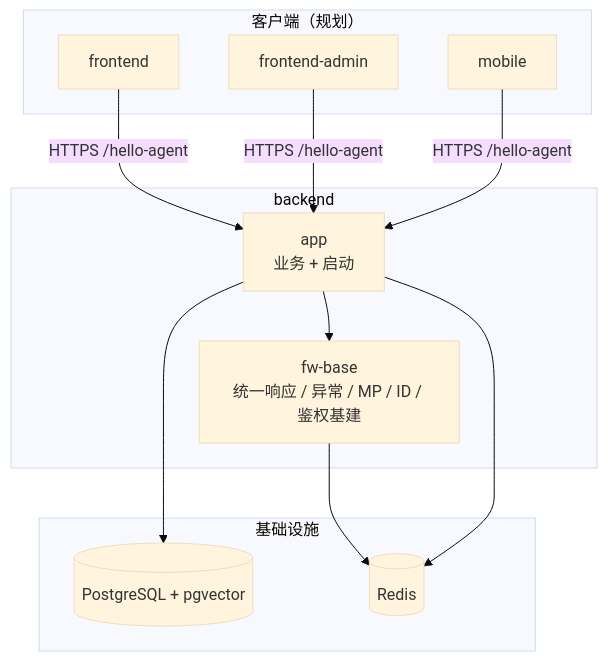
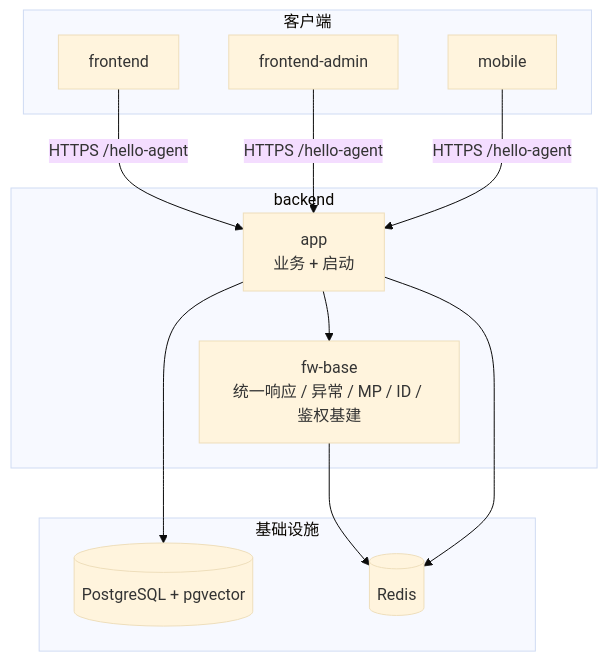
One commit to linuxjava/Hello-AgentR changed the diagram in docs/backend/工程架构.md. Above: the diagram before and after it, drawn with Mermaid (base theme). The commit also changed other lines of this file and 4 other files, not shown here.

````diff
--- a/docs/backend/工程架构.md
+++ b/docs/backend/工程架构.md
@@ -82,24 +86,24 @@
 ```mermaid
 flowchart TB
-  subgraph clients["客户端（规划）"]
+  subgraph clients["客户端"]
     FE[frontend]
     ADM[frontend-admin]
     MOB[mobile]
   end
 
   subgraph backend["backend"]
     APP[app<br/>业务 + 启动]
     FW[fw-base<br/>统一响应 / 异常 / MP / ID / 鉴权基建]
   end
 
   subgraph infra["基础设施"]
     PG[(PostgreSQL + pgvector)]
     RD[(Redis)]
   end
 
   FE & ADM & MOB -->|"HTTPS /hello-agent"| APP
   APP --> FW
   APP --> PG
   FW --> RD
   APP --> RD
 ```
````
